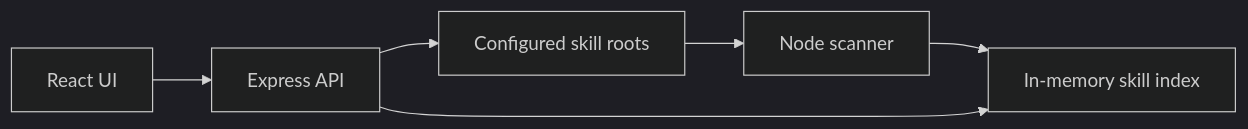
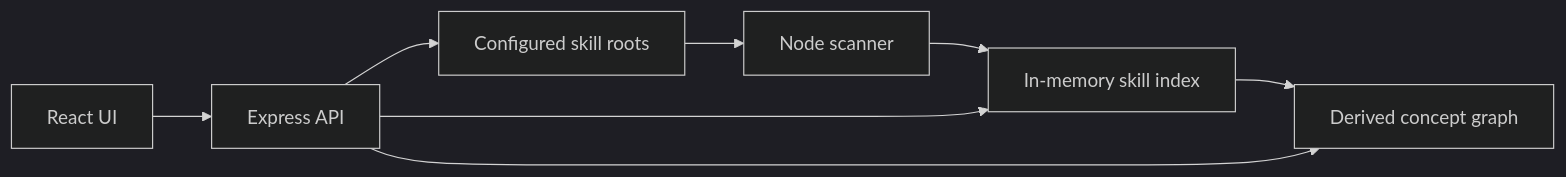
Before and after one commit to uatragada/skillweaver: the diagram in docs/ARCHITECTURE.md, drawn with Mermaid (dark theme). The commit also changed other lines of this file and 9 other files, not shown here.

````diff
--- a/docs/ARCHITECTURE.md
+++ b/docs/ARCHITECTURE.md
@@ -5,8 +5,10 @@
 ```mermaid
 flowchart LR
   Skills["Configured skill roots"] --> Scanner["Node scanner"]
   Scanner --> Index["In-memory skill index"]
+  Index --> Concepts["Derived concept graph"]
   UI["React UI"] --> API["Express API"]
   API --> Index
+  API --> Concepts
   API --> Skills
 ```
````
